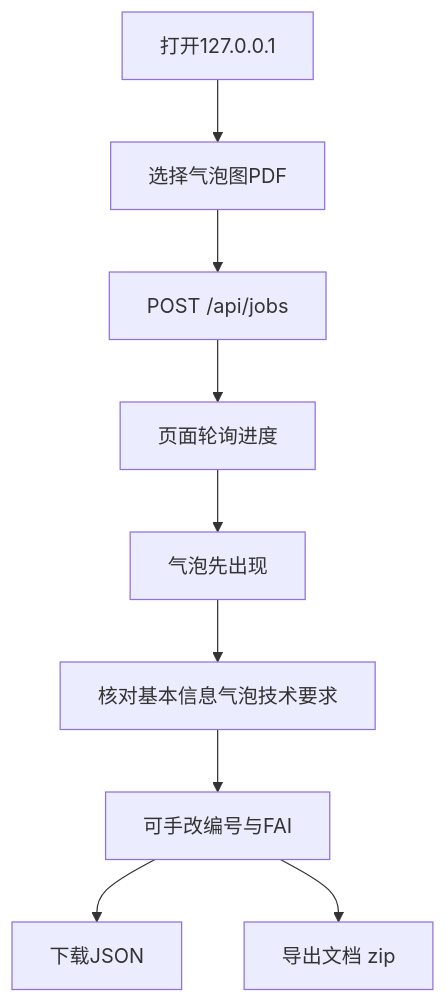
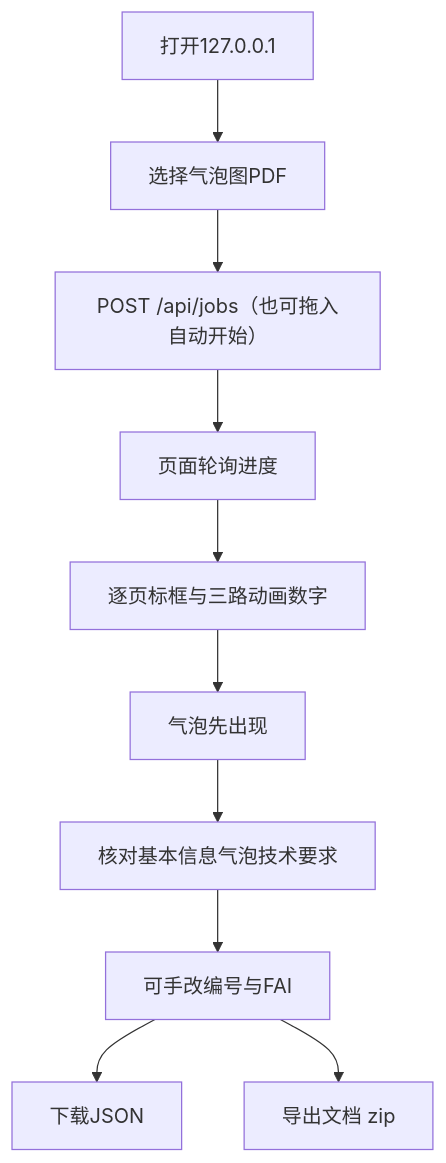
Before and after one commit to RJ2045-PRC/SCE-af: the first of 3 diagrams in docs/05-flow.md, drawn with Mermaid. The commit also changed other lines of this file and 12 other files, not shown here.

````diff
--- a/docs/05-flow.md
+++ b/docs/05-flow.md
@@ -7,11 +7,12 @@
 ```mermaid
 flowchart TD
   openPage[打开127.0.0.1] --> pickPdf[选择气泡图PDF]
-  pickPdf --> upload["POST /api/jobs"]
+  pickPdf --> upload["POST /api/jobs（也可拖入自动开始）"]
   upload --> waitJob[页面轮询进度]
-  waitJob --> bubblesFirst[气泡先出现]
+  waitJob --> flow[逐页标框与三路动画数字]
+  flow --> bubblesFirst[气泡先出现]
   bubblesFirst --> review[核对基本信息气泡技术要求]
   review --> editRows[可手改编号与FAI]
   editRows --> download[下载JSON]
   editRows --> exportDocs["导出文档 zip"]
 ```
````
